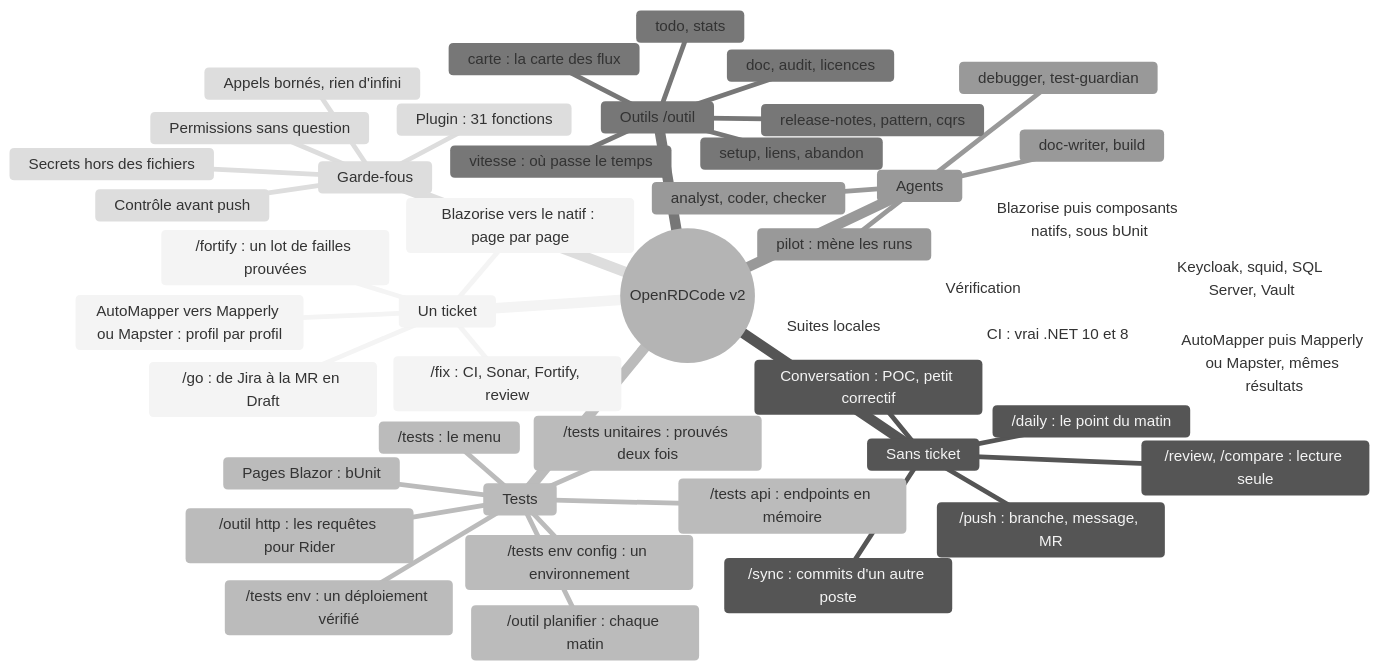
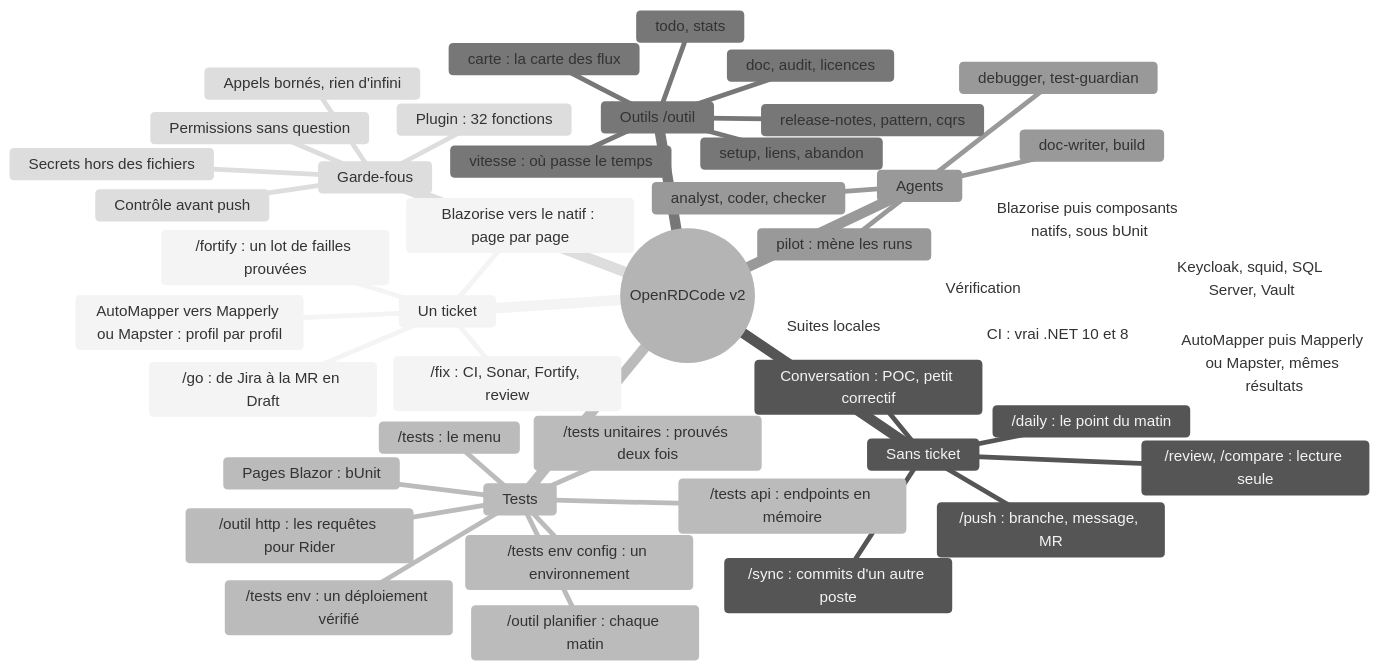
The second of 8 diagrams in opencode-v2/README.md (RabieDerouiche/OpenRDCode), drawn with Mermaid (neutral theme) before and after one commit. The commit also changed other lines of this file and 23 other files, not shown here.

````diff
--- a/opencode-v2/README.md
+++ b/opencode-v2/README.md
@@ -95,49 +95,49 @@
 ```mermaid
 mindmap
   root((OpenRDCode v2))
     Un ticket
       /go : de Jira à la MR en Draft
       /fix : CI, Sonar, Fortify, review
       /fortify : un lot de failles prouvées
       Blazorise vers le natif : page par page
       AutoMapper vers Mapperly ou Mapster : profil par profil
     Sans ticket
       Conversation : POC, petit correctif
       /push : branche, message, MR
       /sync : commits d'un autre poste
       /daily : le point du matin
       /review, /compare : lecture seule
     Tests
       /tests : le menu
       /tests unitaires : prouvés deux fois
       Pages Blazor : bUnit
       /tests api : endpoints en mémoire
       /tests env config : un environnement
       /tests env : un déploiement vérifié
       /outil http : les requêtes pour Rider
       /outil planifier : chaque matin
     Outils /outil
       doc, audit, licences
       release-notes, pattern, cqrs
       setup, liens, abandon
       todo, stats
       carte : la carte des flux
       vitesse : où passe le temps
     Agents
       pilot : mène les runs
       analyst, coder, checker
       debugger, test-guardian
       doc-writer, build
     Garde-fous
-      Plugin : 31 fonctions
+      Plugin : 32 fonctions
       Appels bornés, rien d'infini
       Permissions sans question
       Contrôle avant push
       Secrets hors des fichiers
     Vérification
       Suites locales
       CI : vrai .NET 10 et 8
       Keycloak, squid, SQL Server, Vault
       Blazorise puis composants natifs, sous bUnit
       AutoMapper puis Mapperly ou Mapster, mêmes résultats
 ```
````
